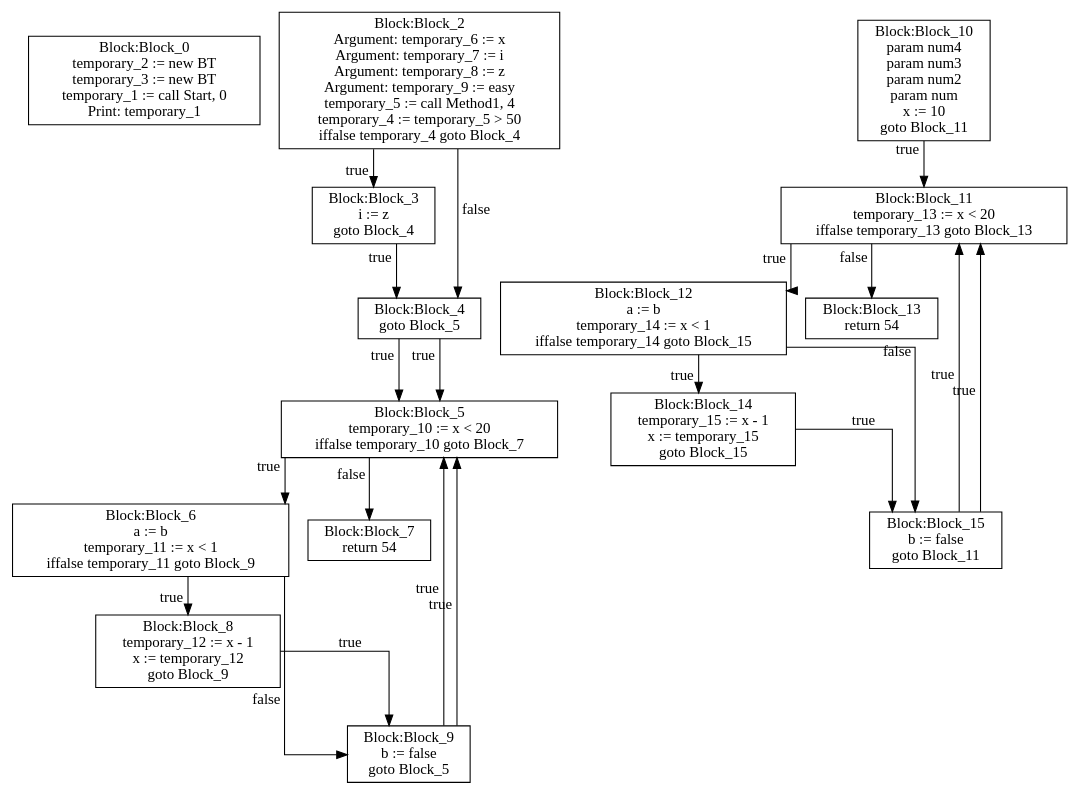
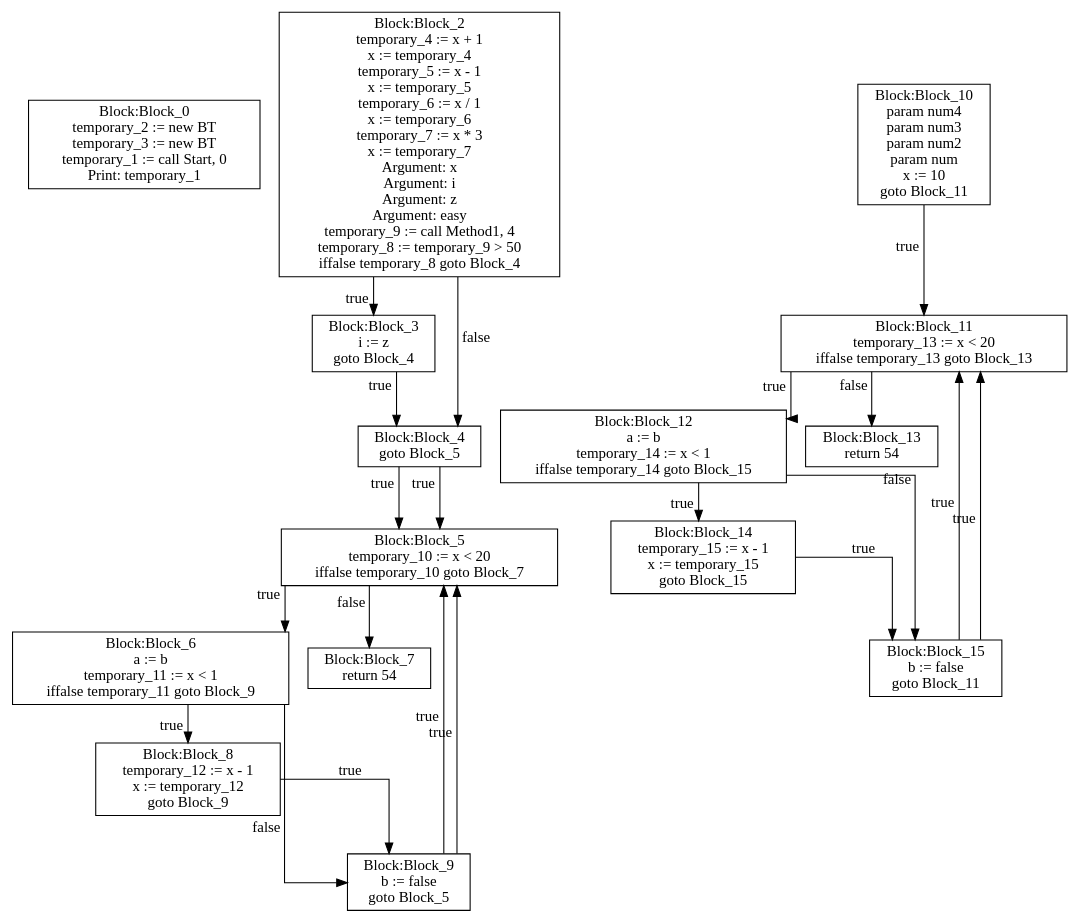
The diagram in lab3/CFG-tree.dot (moondog-matthew/compiler-dv1655), drawn with Graphviz before and after one commit. The commit also changed 7 other files, not shown here.

```diff
--- a/lab3/CFG-tree.dot
+++ b/lab3/CFG-tree.dot
@@ -1,89 +1,97 @@
 digraph {
 graph [ splines = ortho ]
 	node [ shape = box ];
 Block_0 [label="Block:Block_0
 temporary_2 := new BT
 temporary_3 := new BT
 temporary_1 := call Start, 0
 Print: temporary_1"];
 Block_2 [label="Block:Block_2
-Argument: temporary_6 := x
-Argument: temporary_7 := i
-Argument: temporary_8 := z
-Argument: temporary_9 := easy
-temporary_5 := call Method1, 4
-temporary_4 := temporary_5 > 50
-iffalse temporary_4 goto Block_4"];
+temporary_4 := x + 1
+x := temporary_4
+temporary_5 := x - 1
+x := temporary_5
+temporary_6 := x / 1
+x := temporary_6
+temporary_7 := x * 3
+x := temporary_7
+Argument: x
+Argument: i
+Argument: z
+Argument: easy
+temporary_9 := call Method1, 4
+temporary_8 := temporary_9 > 50
+iffalse temporary_8 goto Block_4"];
 Block_2 -> Block_3 [xlabel = "true"]
 Block_3 [label="Block:Block_3
 i := z
 goto Block_4"];
 Block_3 -> Block_4 [xlabel = "true"]
 Block_4 [label="Block:Block_4
 goto Block_5"];
 Block_4 -> Block_5 [xlabel = "true"]
 Block_5 [label="Block:Block_5
 temporary_10 := x < 20
 iffalse temporary_10 goto Block_7"];
 Block_5 -> Block_6 [xlabel = "true"]
 Block_6 [label="Block:Block_6
 a := b
 temporary_11 := x < 1
 iffalse temporary_11 goto Block_9"];
 Block_6 -> Block_8 [xlabel = "true"]
 Block_8 [label="Block:Block_8
 temporary_12 := x - 1
 x := temporary_12
 goto Block_9"];
 Block_8 -> Block_9 [xlabel = "true"]
 Block_9 [label="Block:Block_9
 b := false
 goto Block_5"];
 Block_9 -> Block_5 [xlabel = "true"]
 Block_6 -> Block_9 [xlabel = "false"]
 Block_9 [label="Block:Block_9
 b := false
 goto Block_5"];
 Block_9 -> Block_5 [xlabel = "true"]
 Block_5 -> Block_7 [xlabel = "false"]
 Block_7 [label="Block:Block_7
 return 54"];
 Block_2 -> Block_4 [xlabel = "false"]
 Block_4 [label="Block:Block_4
 goto Block_5"];
 Block_4 -> Block_5 [xlabel = "true"]
 Block_10 [label="Block:Block_10
 param num4
 param num3
 param num2
 param num
 x := 10
 goto Block_11"];
 Block_10 -> Block_11 [xlabel = "true"]
 Block_11 [label="Block:Block_11
 temporary_13 := x < 20
 iffalse temporary_13 goto Block_13"];
 Block_11 -> Block_12 [xlabel = "true"]
 Block_12 [label="Block:Block_12
 a := b
 temporary_14 := x < 1
 iffalse temporary_14 goto Block_15"];
 Block_12 -> Block_14 [xlabel = "true"]
 Block_14 [label="Block:Block_14
 temporary_15 := x - 1
 x := temporary_15
 goto Block_15"];
 Block_14 -> Block_15 [xlabel = "true"]
 Block_15 [label="Block:Block_15
 b := false
 goto Block_11"];
 Block_15 -> Block_11 [xlabel = "true"]
 Block_12 -> Block_15 [xlabel = "false"]
 Block_15 [label="Block:Block_15
 b := false
 goto Block_11"];
 Block_15 -> Block_11 [xlabel = "true"]
 Block_11 -> Block_13 [xlabel = "false"]
 Block_13 [label="Block:Block_13
 return 54"];
 }
```
